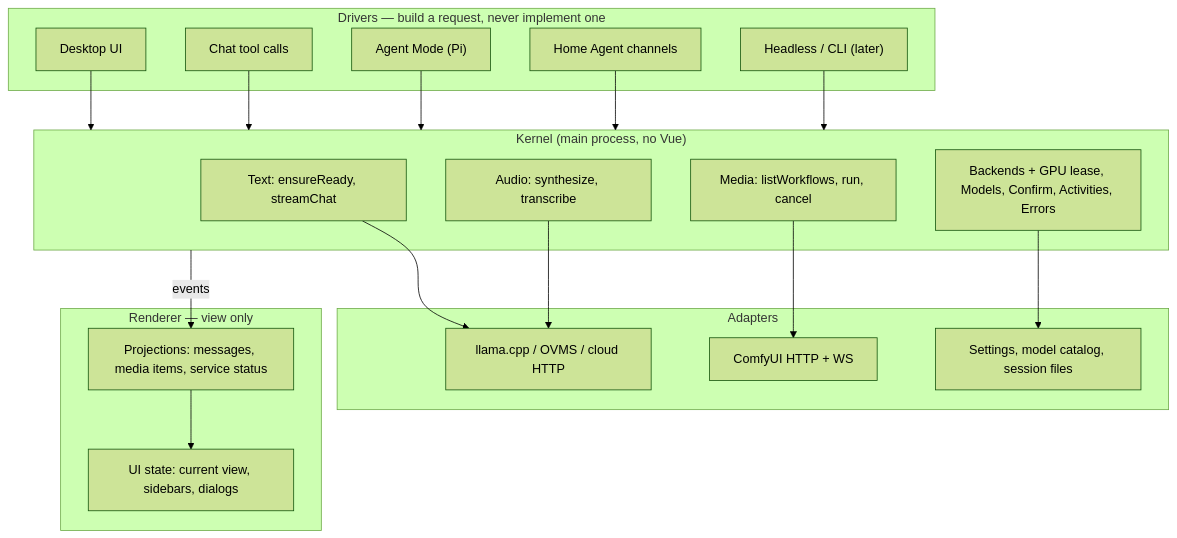
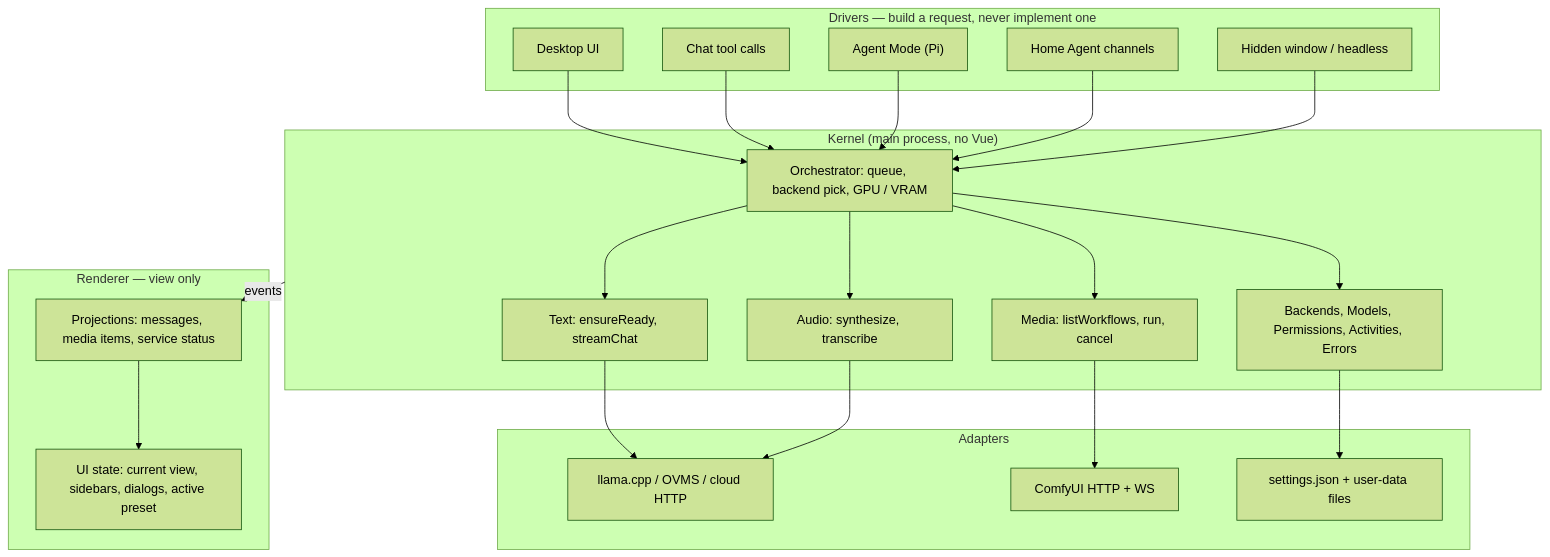
One commit to TNG/AI-Playground changed the second of 6 diagrams in docs/architecture-target.md. Above: the diagram before and after it, drawn with Mermaid (forest theme). The commit also changed other lines of this file and 1 other file, not shown here.

First line of the commit message:
docs: record architecture decisions — files, consent, orchestrator

````diff
--- a/docs/architecture-target.md
+++ b/docs/architecture-target.md
@@ -113,42 +113,48 @@
 ```mermaid
 flowchart TD
   subgraph drivers["Drivers — build a request, never implement one"]
     ui["Desktop UI"]
     chatTools["Chat tool calls"]
     agent["Agent Mode (Pi)"]
     ha["Home Agent channels"]
-    cli["Headless / CLI (later)"]
+    hidden["Hidden window / headless"]
   end
 
   subgraph kernel["Kernel (main process, no Vue)"]
+    orch["Orchestrator: queue, backend pick, GPU / VRAM"]
     text["Text: ensureReady, streamChat"]
     mediaCap["Media: listWorkflows, run, cancel"]
     audioCap["Audio: synthesize, transcribe"]
-    support["Backends + GPU lease, Models, Confirm, Activities, Errors"]
+    support["Backends, Models, Permissions, Activities, Errors"]
   end
 
   subgraph adapters["Adapters"]
     inference["llama.cpp / OVMS / cloud HTTP"]
     comfy["ComfyUI HTTP + WS"]
-    store["Settings, model catalog, session files"]
+    store["settings.json + user-data files"]
   end
 
   subgraph view["Renderer — view only"]
     projection["Projections: messages, media items, service status"]
-    uiState2["UI state: current view, sidebars, dialogs"]
+    uiState2["UI state: current view, sidebars, dialogs, active preset"]
   end
 
-  ui --> kernel
-  chatTools --> kernel
-  agent --> kernel
-  ha --> kernel
-  cli --> kernel
+  ui --> orch
+  chatTools --> orch
+  agent --> orch
+  ha --> orch
+  hidden --> orch
+
+  orch --> text
+  orch --> mediaCap
+  orch --> audioCap
+  orch --> support
 
   text --> inference
   mediaCap --> comfy
   audioCap --> inference
   support --> store
 
   kernel -->|"events"| projection
   projection --> uiState2
 ```
````
